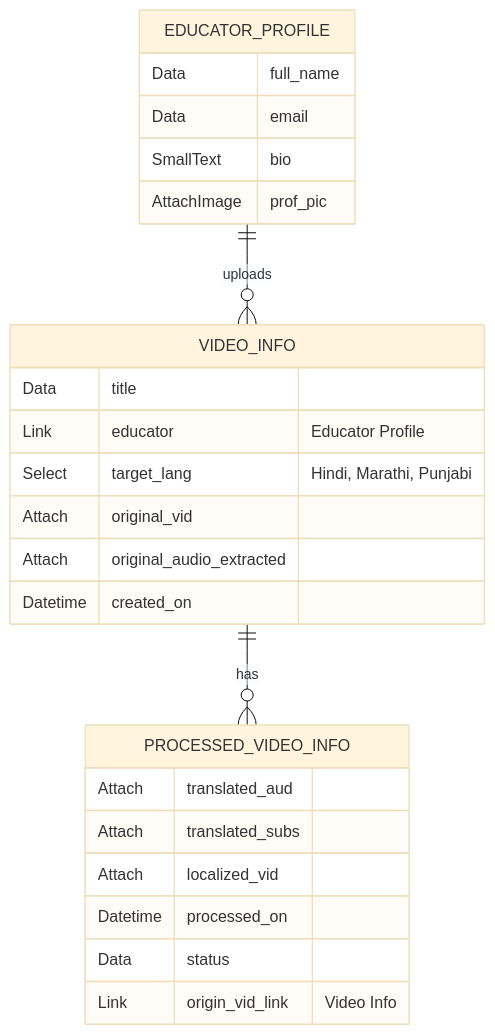
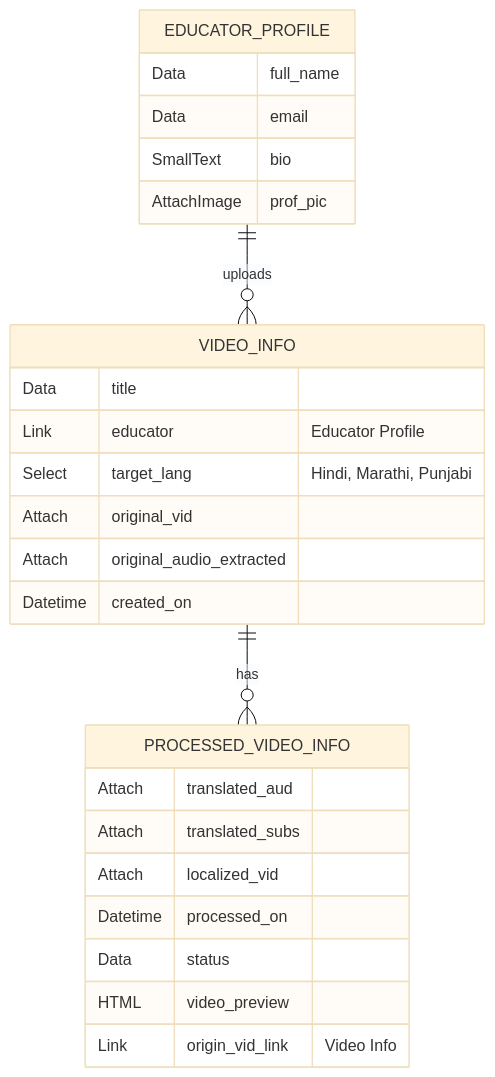
One commit to theapprenticeproject/Video_Translation changed the first of 2 diagrams in README.md. Above: the diagram before and after it, drawn with Mermaid (base theme). The commit also changed other lines of this file, not shown here.

````diff
--- a/README.md
+++ b/README.md
@@ -120,30 +120,31 @@
 ```mermaid
 erDiagram
     VIDEO_INFO {
         Data title
         Link educator "Educator Profile"
         Select target_lang "Hindi, Marathi, Punjabi"
         Attach original_vid
         Attach original_audio_extracted
         Datetime created_on
     }
 
     PROCESSED_VIDEO_INFO {
         Attach translated_aud
         Attach translated_subs
         Attach localized_vid
         Datetime processed_on
         Data status
+        HTML video_preview
         Link origin_vid_link "Video Info"
     }
 
     EDUCATOR_PROFILE {
         Data full_name
         Data email
         SmallText bio
         AttachImage prof_pic
     }
 
     EDUCATOR_PROFILE ||--o{ VIDEO_INFO : "uploads"
     VIDEO_INFO ||--o{ PROCESSED_VIDEO_INFO : "has"
 ```
````
